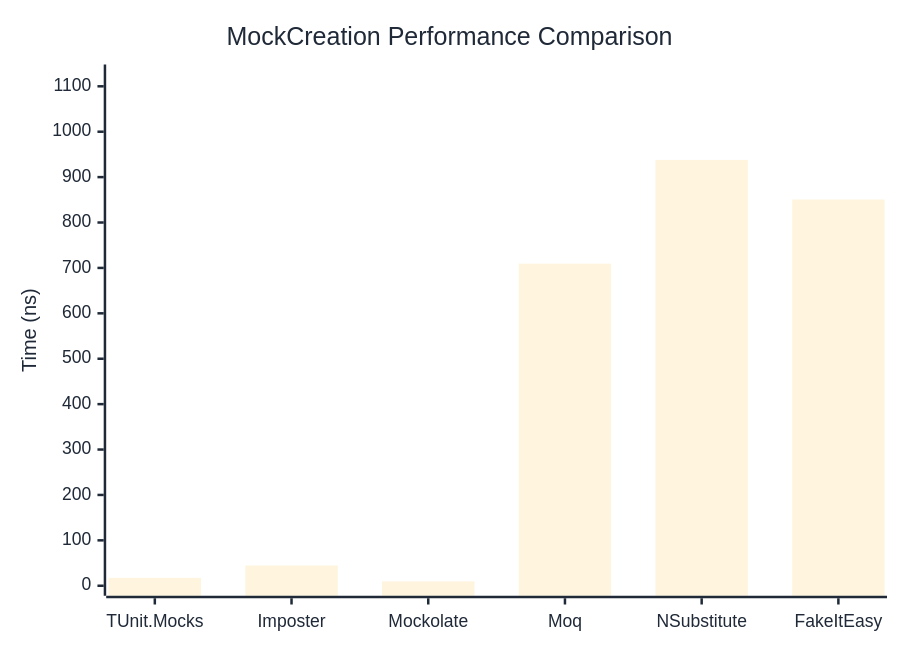
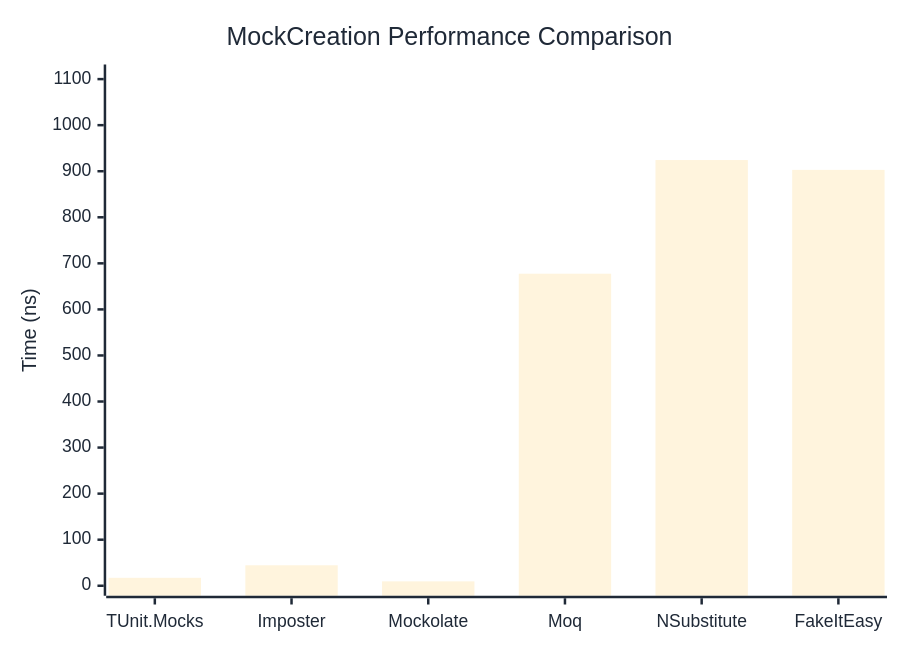
The first of 2 diagrams in docs/docs/benchmarks/mocks/MockCreation.md (thomhurst/TUnit), drawn with Mermaid before and after one commit. The commit also changed other lines of this file and 14 other files, not shown here.

````diff
--- a/docs/docs/benchmarks/mocks/MockCreation.md
+++ b/docs/docs/benchmarks/mocks/MockCreation.md
@@ -30,27 +30,27 @@
 ```mermaid
 %%{init: {
   'theme':'base',
   'themeVariables': {
     'primaryColor': '#2563eb',
     'primaryTextColor': '#1f2937',
     'primaryBorderColor': '#1e40af',
     'lineColor': '#6b7280',
     'secondaryColor': '#7c3aed',
     'tertiaryColor': '#dc2626',
     'background': '#ffffff',
     'pie1': '#2563eb',
     'pie2': '#7c3aed',
     'pie3': '#dc2626',
     'pie4': '#f59e0b',
     'pie5': '#10b981',
     'pie6': '#06b6d4',
     'pie7': '#ec4899',
     'pie8': '#6366f1'
   }
 }}%%
 xychart-beta
   title "MockCreation Performance Comparison"
   x-axis ["TUnit.Mocks", "Imposter", "Mockolate", "Moq", "NSubstitute", "FakeItEasy"]
-  y-axis "Time (ns)" 0 --> 1126
-  bar [17.361, 44.561, 9.573, 709.347, 937.918, 850.538]
+  y-axis "Time (ns)" 0 --> 1110
+  bar [17.242, 44.443, 9.552, 677.491, 924.265, 902.947]
 ```
````
